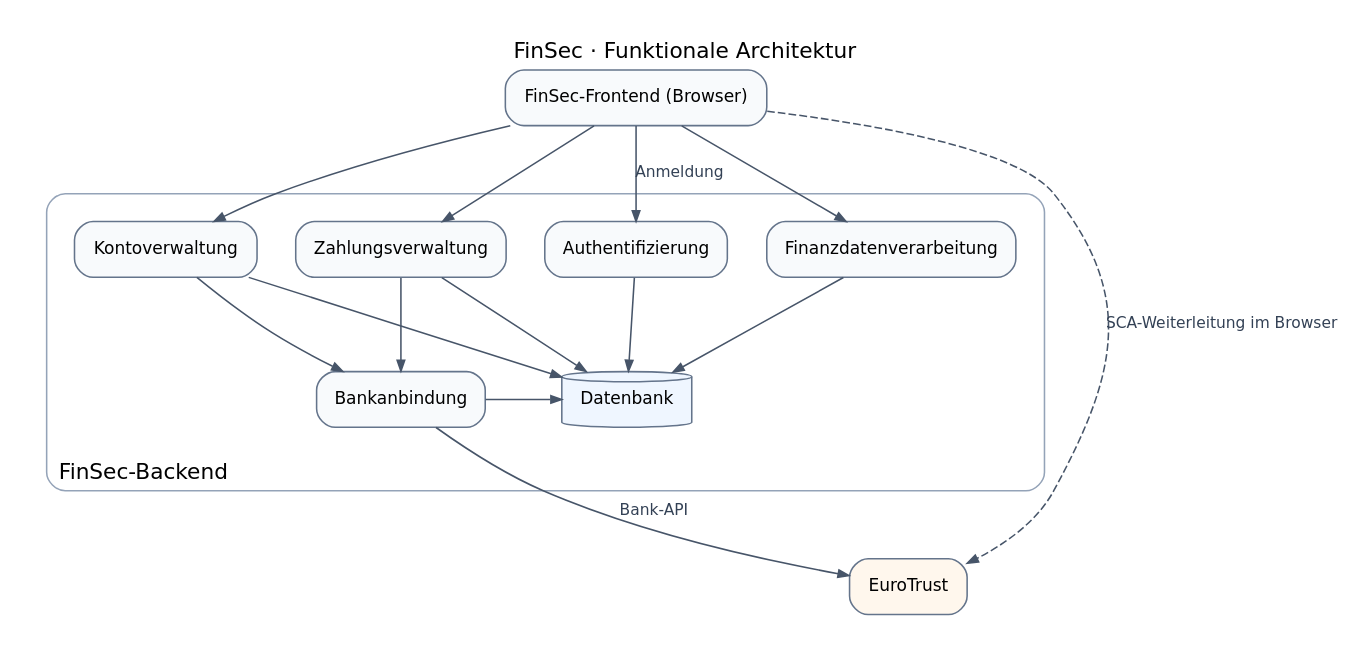
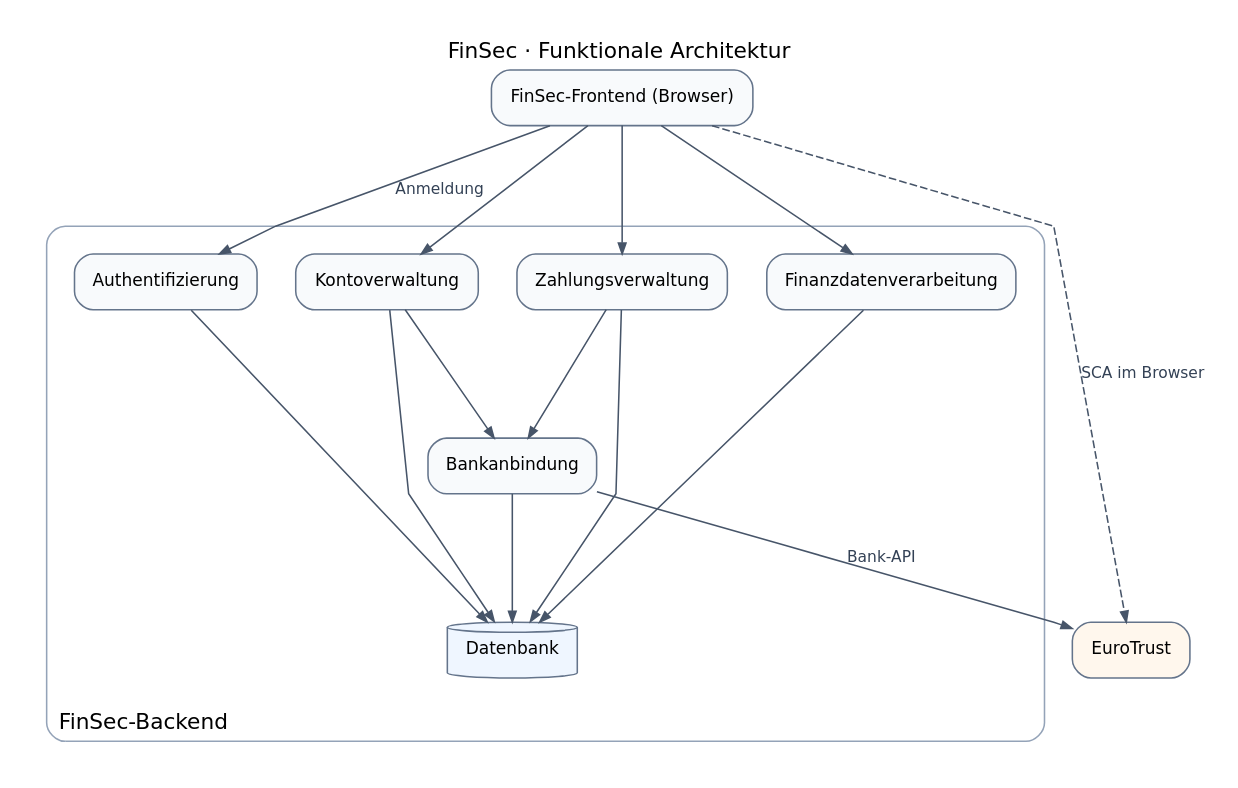
Before and after one commit to niklas9234/sichso_work: the diagram in docs/architecture/functional.dot, drawn with Graphviz. The commit also changed 1 other file, not shown here.

Commit message:
Match functional diagram arrow routing to security view

```diff
--- a/docs/architecture/functional.dot
+++ b/docs/architecture/functional.dot
@@ -1,44 +1,43 @@
 digraph Functional {
-    graph [rankdir=TB, bgcolor="white", pad=0.2, nodesep=0.35, ranksep=0.7,
+    graph [rankdir=TB, splines=polyline, bgcolor="white", pad=0.2, nodesep=0.35, ranksep=1.0,
            fontname="DejaVu Sans", label="FinSec · Funktionale Architektur", labelloc=t]
     node [shape=box, style="rounded,filled", fillcolor="#f8fafc", color="#64748b",
           fontname="DejaVu Sans", fontsize=11, margin="0.16,0.10"]
     edge [color="#475569", fontcolor="#334155", fontname="DejaVu Sans", fontsize=10, arrowsize=0.7]
 
     frontend [label="FinSec-Frontend (Browser)"]
     bank [label="EuroTrust", fillcolor="#fff7ed"]
 
     subgraph cluster_backend {
         label="FinSec-Backend"
         labelloc=b
         labeljust=l
         color="#94a3b8"
         style=rounded
         margin=18
 
         auth [label="Authentifizierung"]
         accounts [label="Kontoverwaltung"]
         payments [label="Zahlungsverwaltung"]
         analysis [label="Finanzdatenverarbeitung"]
         adapter [label="Bankanbindung"]
         database [label="Datenbank", shape=cylinder, style=filled, fillcolor="#eff6ff"]
 
         {rank=same; auth; accounts; payments; analysis}
-        {rank=same; adapter; database}
 
         accounts -> adapter
         payments -> adapter
         adapter -> database
         auth -> database
         accounts -> database
         payments -> database
         analysis -> database
     }
 
     frontend -> auth [label="Anmeldung"]
     frontend -> accounts
     frontend -> payments
     frontend -> analysis
     adapter -> bank [label="Bank-API"]
-    frontend -> bank [label="SCA-Weiterleitung im Browser", style=dashed]
+    frontend -> bank [label="SCA im Browser", style=dashed]
 }
```
